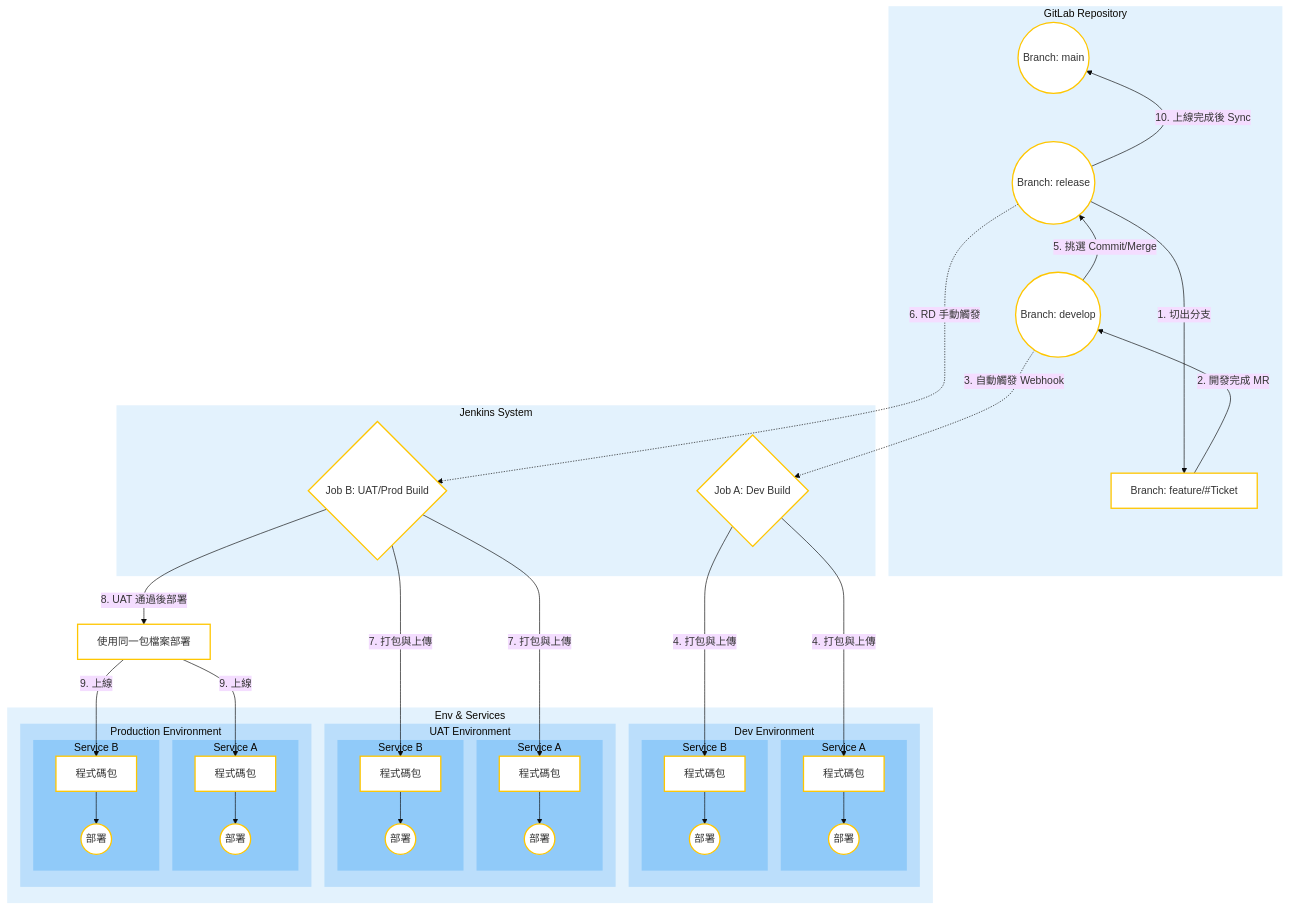
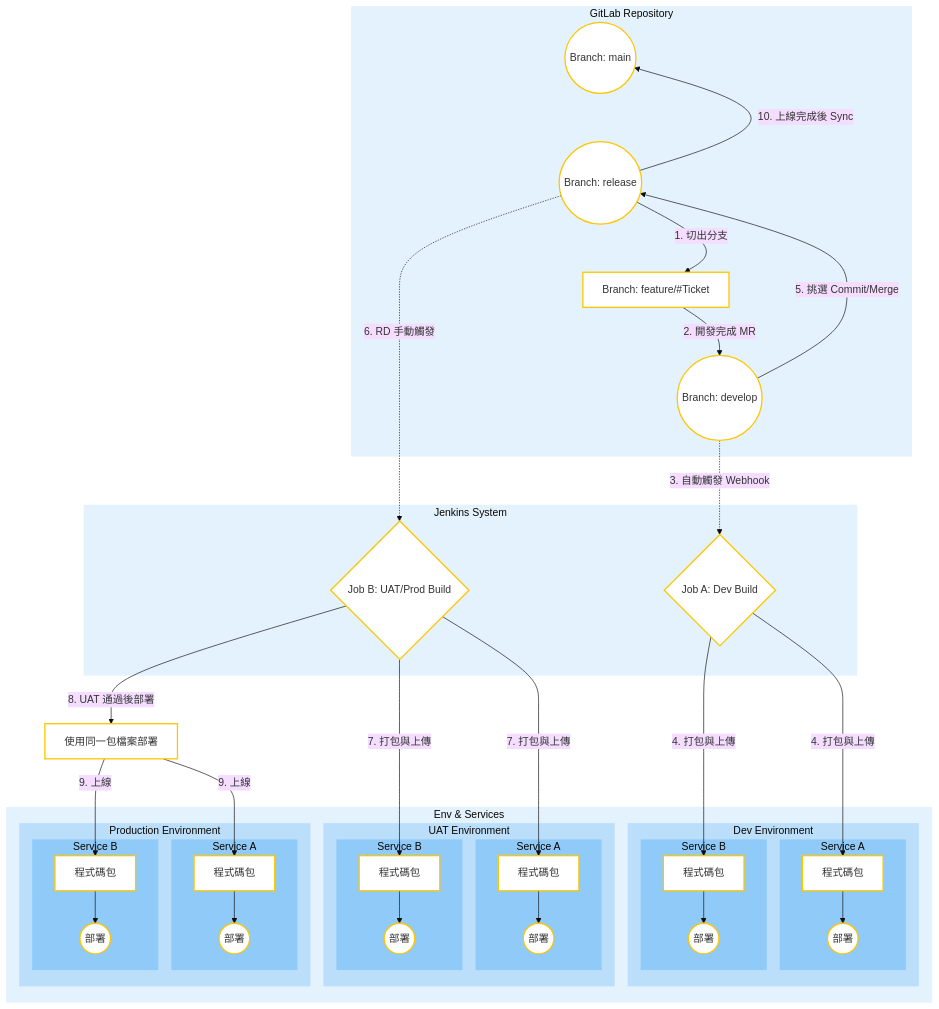
Before and after one commit to almightyken0425/KnowledgeVault: the second of 2 diagrams in SIT/ReleaseWorkFlow.md, drawn with Mermaid (base theme).

```diff
--- a/SIT/ReleaseWorkFlow.md
+++ b/SIT/ReleaseWorkFlow.md
@@ -63,7 +63,7 @@
         Feature[Branch: feature/#Ticket]:::branch
 
         %% 強制排版順序: Main 在最左邊
-        Main ~~~ Release ~~~ Develop ~~~ Feature
+        Main ~~~ Release ~~~ Feature ~~~ Develop
     end
 
     subgraph CI_CD [Jenkins System]
```
